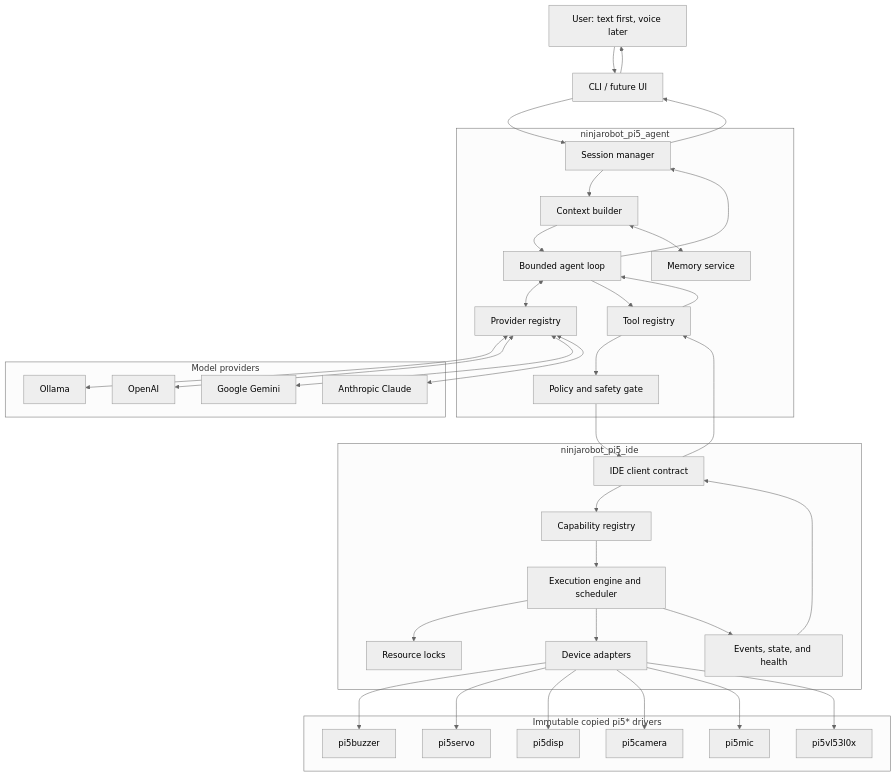
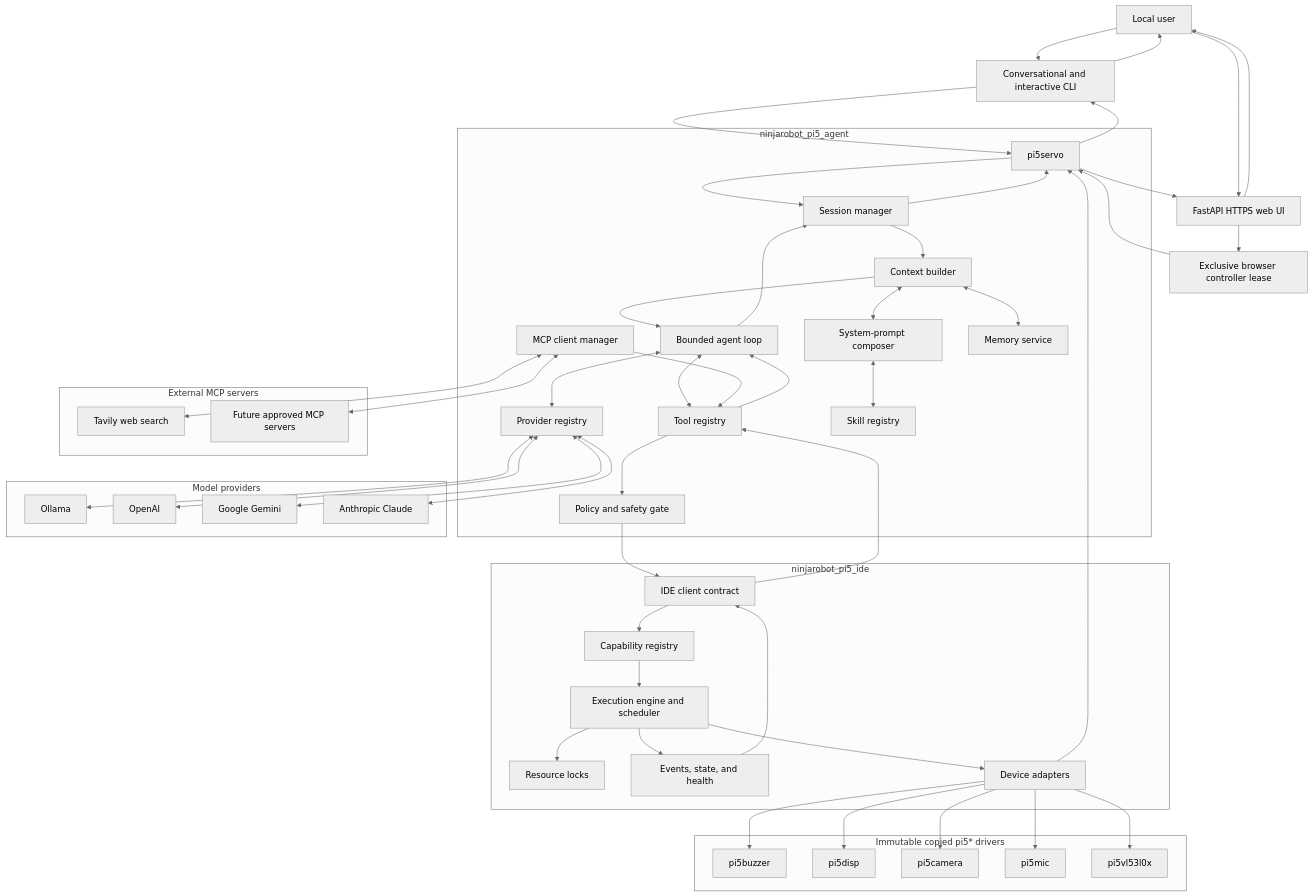
The second of 6 diagrams in NinjaRobotPi5V4_ImplementationPlan.md (NinjaRoboticsEducation/NinjaRobotPi5), drawn with Mermaid (neutral theme) before and after one commit. The commit also changed other lines of this file and 4 other files, not shown here.

````diff
--- a/NinjaRobotPi5V4_ImplementationPlan.md
+++ b/NinjaRobotPi5V4_ImplementationPlan.md
@@ -290,61 +321,82 @@
 ```mermaid
 flowchart TB
-    U["User: text first, voice later"]
-    UI["CLI / future UI"]
+    U["Local user"]
+    CLI["Conversational and interactive CLI"]
+    WEB["FastAPI HTTPS web UI"]
+    LEASE["Exclusive browser controller lease"]
 
     subgraph A["ninjarobot_pi5_agent"]
+        SV["Single-owner agent service"]
         S["Session manager"]
         C["Context builder"]
         L["Bounded agent loop"]
         PR["Provider registry"]
         TR["Tool registry"]
+        MP["MCP client manager"]
+        SK["Skill registry"]
+        PC["System-prompt composer"]
         SG["Policy and safety gate"]
         M["Memory service"]
     end
 
     subgraph I["ninjarobot_pi5_ide"]
         IC["IDE client contract"]
         CR["Capability registry"]
         EX["Execution engine and scheduler"]
         RL["Resource locks"]
         EV["Events, state, and health"]
         AD["Device adapters"]
     end
 
     subgraph P["Immutable copied pi5* drivers"]
         B["pi5buzzer"]
         SV["pi5servo"]
         DP["pi5disp"]
         CA["pi5camera"]
         MI["pi5mic"]
         DS["pi5vl53l0x"]
     end
 
     subgraph Models["Model providers"]
         OL["Ollama"]
         OA["OpenAI"]
         GE["Google Gemini"]
         AN["Anthropic Claude"]
     end
 
-    U --> UI --> S --> C --> L
+    subgraph External["External MCP servers"]
+        TV["Tavily web search"]
+        XM["Future approved MCP servers"]
+    end
+
+    U --> CLI --> SV
+    U --> WEB --> LEASE --> SV
+    SV --> S --> C --> L
     C <--> M
+    C <--> PC
+    PC <--> SK
     L <--> PR
     PR <--> OL
     PR <--> OA
     PR <--> GE
     PR <--> AN
-    L --> TR --> SG --> IC
+    L <--> TR
+    MP --> TR
+    MP <--> TV
+    MP <--> XM
+    TR --> SG --> IC
     IC --> CR --> EX
     EX --> RL
     EX --> AD
     EX --> EV
     AD --> B
     AD --> SV
     AD --> DP
     AD --> CA
     AD --> MI
     AD --> DS
     EV --> IC --> TR --> L
-    L --> S --> UI --> U
+    L --> S --> SV
+    SV --> CLI --> U
+    SV --> WEB --> U
 ```
````
